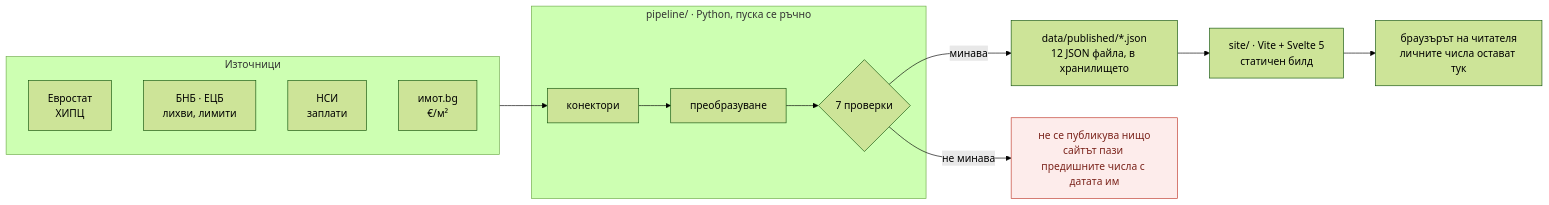
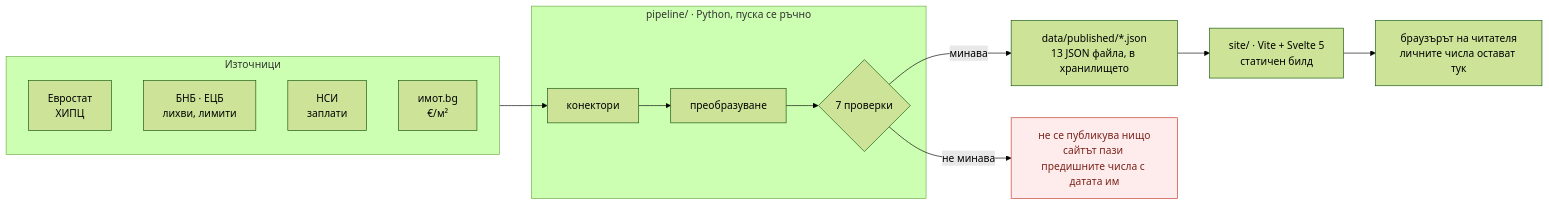
The diagram in README.bg.md (vyarno-bg/vyarno), drawn with Mermaid (forest theme) before and after one commit. The commit also changed 23 other files, not shown here.

````diff
--- a/README.bg.md
+++ b/README.bg.md
@@ -129,25 +129,25 @@
 ```mermaid
 flowchart LR
   subgraph up["Източници"]
     E["Евростат<br/>ХИПЦ"]
     B["БНБ · ЕЦБ<br/>лихви, лимити"]
     N["НСИ<br/>заплати"]
     I["имот.bg<br/>€/м²"]
   end
 
   subgraph pipe["pipeline/ · Python, пуска се ръчно"]
     C["конектори"] --> T["преобразуване"] --> G{"7 проверки"}
   end
 
-  J["data/published/*.json<br/>12 JSON файла, в хранилището"]
+  J["data/published/*.json<br/>13 JSON файла, в хранилището"]
   S["site/ · Vite + Svelte 5<br/>статичен билд"]
   U["браузърът на читателя<br/>личните числа остават тук"]
 
   up --> C
   G -->|"минава"| J
   G -->|"не минава"| X["не се публикува нищо<br/>сайтът пази предишните числа с датата им"]
   J --> S --> U
 
   classDef stop fill:#fdeceb,stroke:#c0392b,color:#7b241c;
   class X stop;
 ```
````
